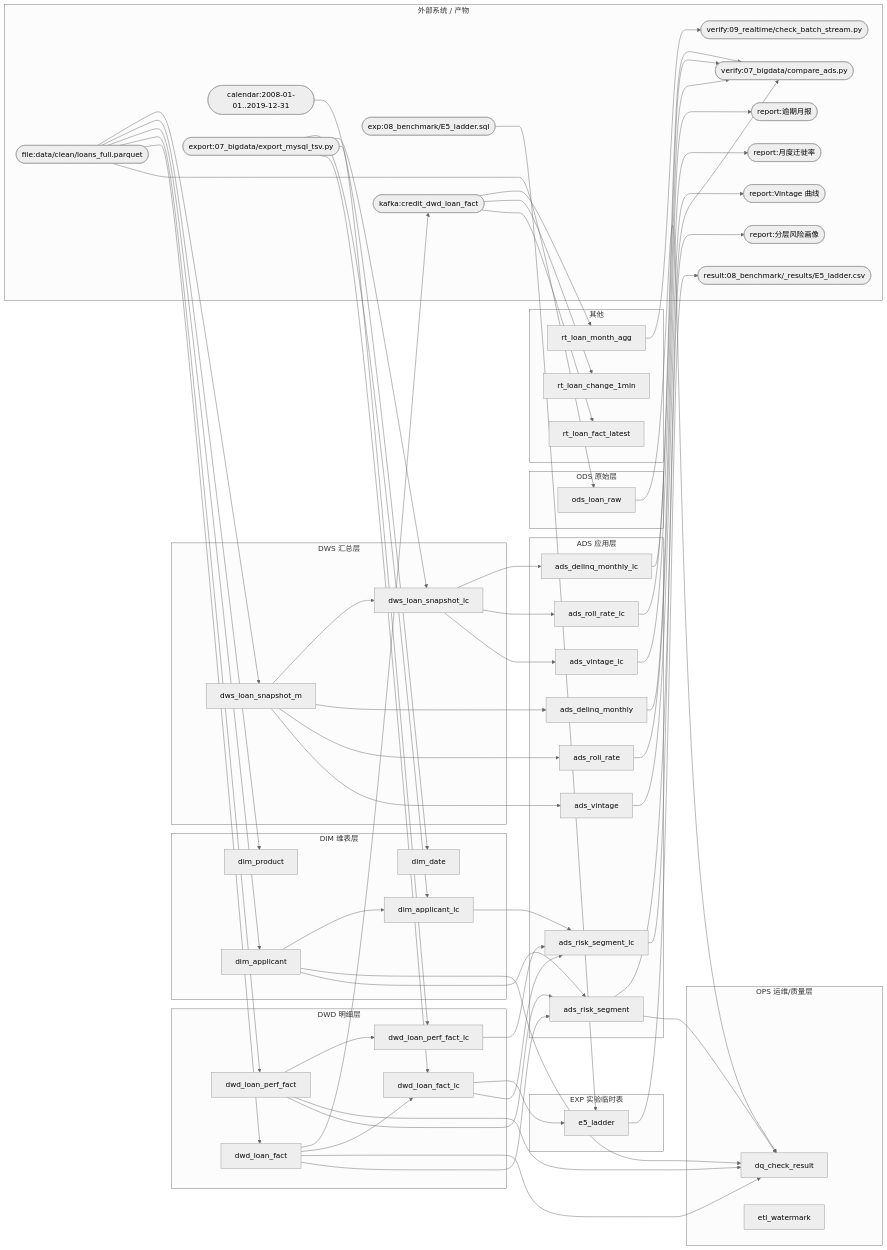
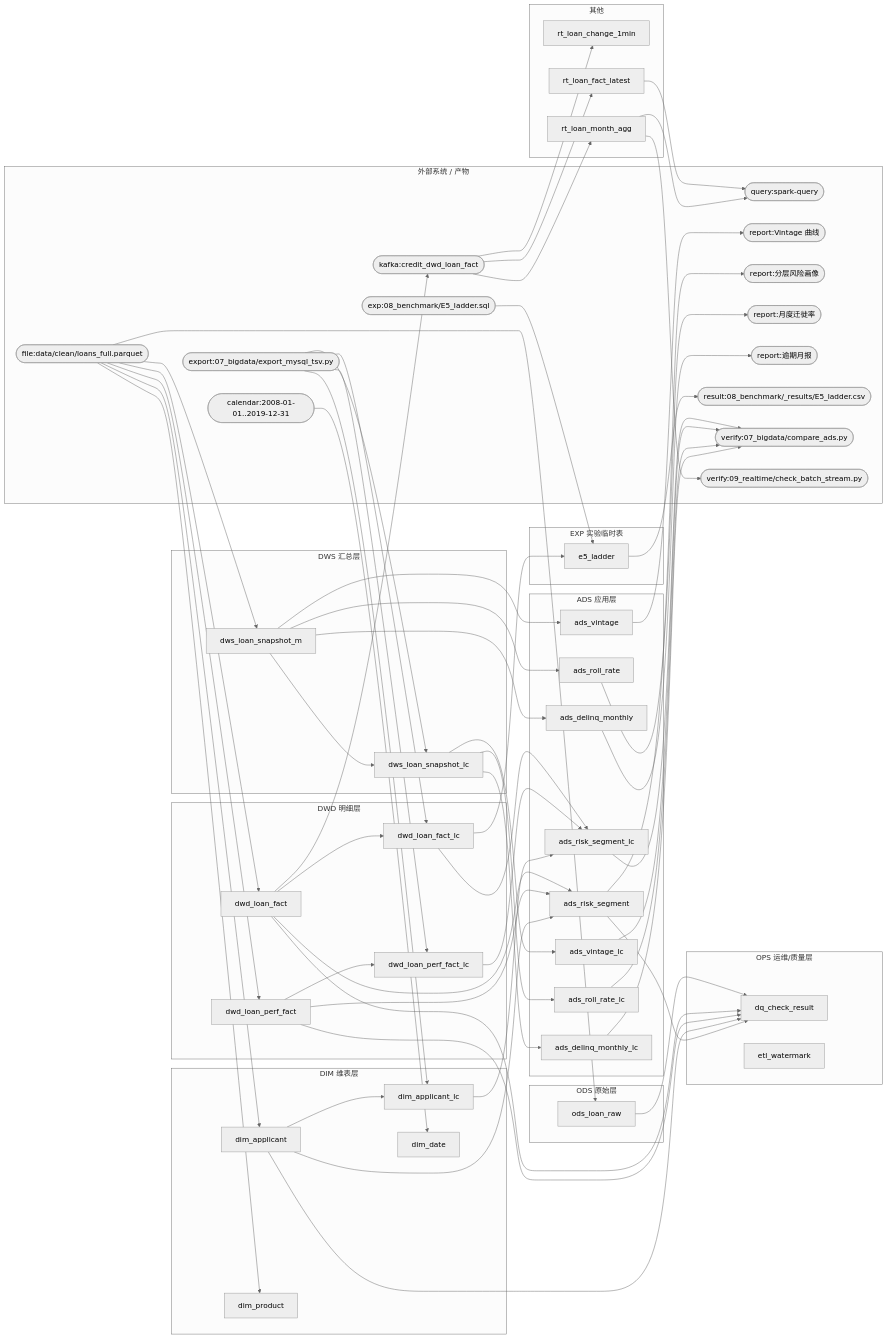
The diagram in docs/数据血缘.md (Laplaceeeeeeee/credit-dwh), drawn with Mermaid (neutral theme) before and after one commit. The commit also changed other lines of this file and 6 other files, not shown here.

First line of the commit message:
feat(realtime): M4 湖仓查询 —— Spark 直读 Flink 正在流写的同一份 Paimon 存储

```diff
--- a/docs/数据血缘.md
+++ b/docs/数据血缘.md
@@ -55,13 +55,14 @@
         n_ext_export_3(["export:07_bigdata/export_mysql_tsv.py"])
         n_ext_file_4(["file:data/clean/loans_full.parquet"])
         n_ext_kafka_5(["kafka:credit_dwd_loan_fact"])
-        n_ext_report_6(["report:Vintage 曲线"])
-        n_ext_report_7(["report:分层风险画像"])
-        n_ext_report_8(["report:月度迁徙率"])
-        n_ext_report_9(["report:逾期月报"])
-        n_ext_result_10(["result:08_benchmark/_results/E5_ladder.csv"])
-        n_ext_verify_11(["verify:07_bigdata/compare_ads.py"])
-        n_ext_verify_12(["verify:09_realtime/check_batch_stream.py"])
+        n_ext_query_6(["query:spark-query"])
+        n_ext_report_7(["report:Vintage 曲线"])
+        n_ext_report_8(["report:分层风险画像"])
+        n_ext_report_9(["report:月度迁徙率"])
+        n_ext_report_10(["report:逾期月报"])
+        n_ext_result_11(["result:08_benchmark/_results/E5_ladder.csv"])
+        n_ext_verify_12(["verify:07_bigdata/compare_ads.py"])
+        n_ext_verify_13(["verify:09_realtime/check_batch_stream.py"])
     end
 
     n_ods_loan_raw --> n_dq_check_result
@@ -80,10 +81,10 @@
     n_dws_loan_snapshot_m --> n_ads_delinq_monthly
     n_dws_loan_snapshot_m --> n_dws_loan_snapshot_lc
     n_ads_risk_segment --> n_dq_check_result
-    n_ads_risk_segment --> n_ext_report_7
-    n_ads_vintage --> n_ext_report_6
-    n_ads_roll_rate --> n_ext_report_8
-    n_ads_delinq_monthly --> n_ext_report_9
+    n_ads_risk_segment --> n_ext_report_8
+    n_ads_vintage --> n_ext_report_7
+    n_ads_roll_rate --> n_ext_report_9
+    n_ads_delinq_monthly --> n_ext_report_10
     n_dwd_loan_fact_lc --> n_ads_risk_segment_lc
     n_dwd_loan_fact_lc --> n_e5_ladder
     n_dwd_loan_perf_fact_lc --> n_ads_risk_segment_lc
@@ -91,12 +92,14 @@
     n_dws_loan_snapshot_lc --> n_ads_roll_rate_lc
     n_dws_loan_snapshot_lc --> n_ads_delinq_monthly_lc
     n_dim_applicant_lc --> n_ads_risk_segment_lc
-    n_ads_risk_segment_lc --> n_ext_verify_11
-    n_ads_vintage_lc --> n_ext_verify_11
-    n_ads_roll_rate_lc --> n_ext_verify_11
-    n_ads_delinq_monthly_lc --> n_ext_verify_11
-    n_e5_ladder --> n_ext_result_10
-    n_rt_loan_month_agg --> n_ext_verify_12
+    n_ads_risk_segment_lc --> n_ext_verify_12
+    n_ads_vintage_lc --> n_ext_verify_12
+    n_ads_roll_rate_lc --> n_ext_verify_12
+    n_ads_delinq_monthly_lc --> n_ext_verify_12
+    n_e5_ladder --> n_ext_result_11
+    n_rt_loan_fact_latest --> n_ext_query_6
+    n_rt_loan_month_agg --> n_ext_verify_13
+    n_rt_loan_month_agg --> n_ext_query_6
     n_ext_file_4 --> n_ods_loan_raw
     n_ext_file_4 --> n_dwd_loan_fact
     n_ext_file_4 --> n_dwd_loan_perf_fact
```
